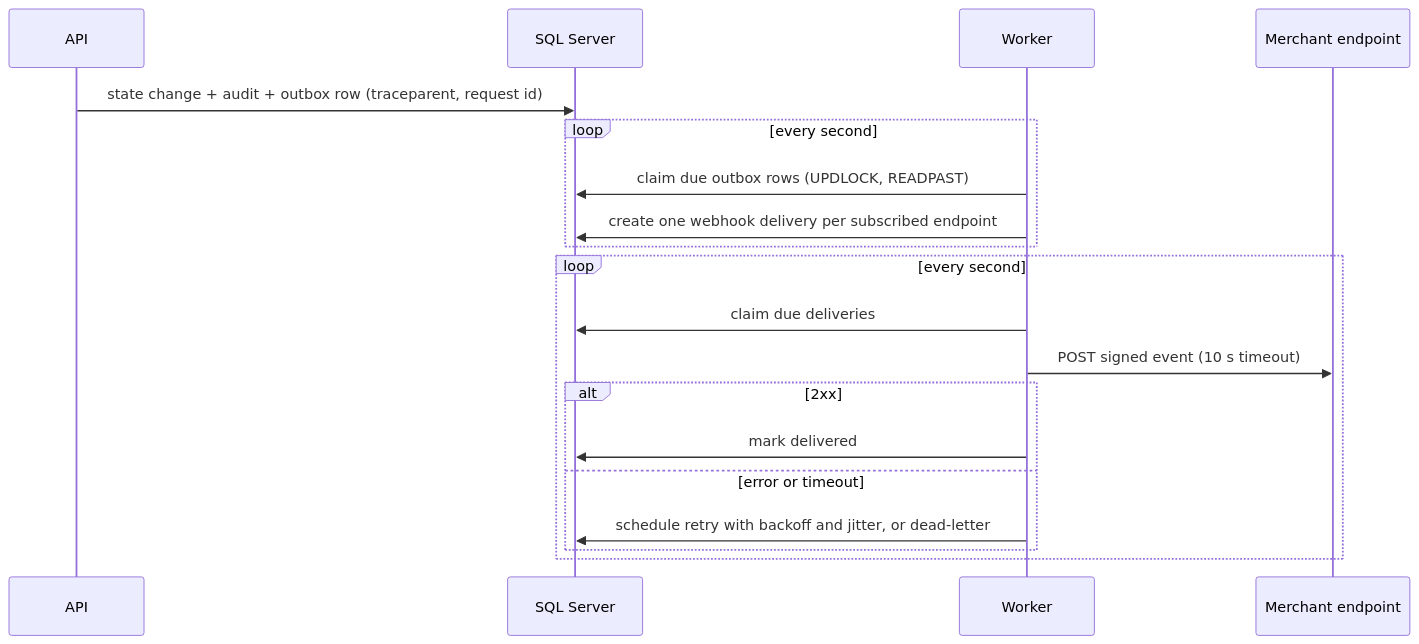
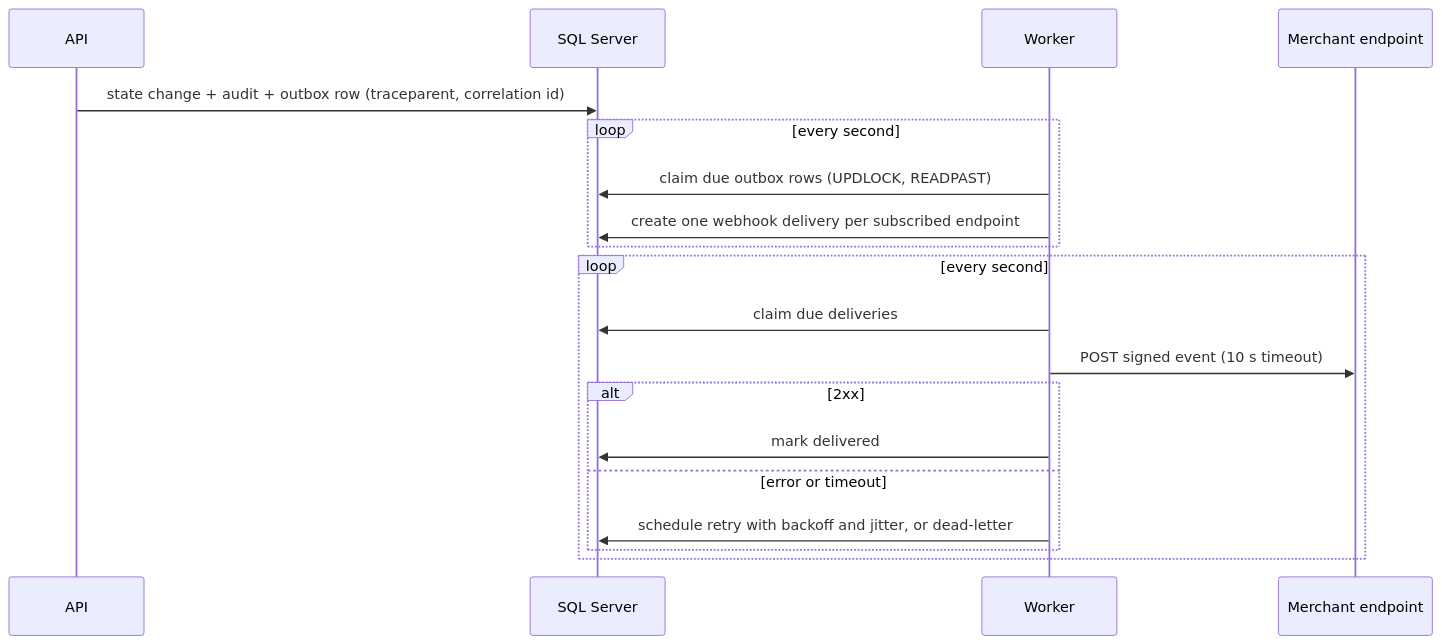
Before and after one commit to Antheagao/payment-platform: the fifth of 5 diagrams in docs/architecture.md, drawn with Mermaid. The commit also changed other lines of this file and 19 other files, not shown here.

````diff
--- a/docs/architecture.md
+++ b/docs/architecture.md
@@ -93,21 +93,21 @@
 ```mermaid
 sequenceDiagram
     participant A as API
     participant D as SQL Server
     participant W as Worker
     participant M as Merchant endpoint
-    A->>D: state change + audit + outbox row (traceparent, request id)
+    A->>D: state change + audit + outbox row (traceparent, correlation id)
     loop every second
         W->>D: claim due outbox rows (UPDLOCK, READPAST)
         W->>D: create one webhook delivery per subscribed endpoint
     end
     loop every second
         W->>D: claim due deliveries
         W->>M: POST signed event (10 s timeout)
         alt 2xx
             W->>D: mark delivered
         else error or timeout
             W->>D: schedule retry with backoff and jitter, or dead-letter
         end
     end
 ```
````
